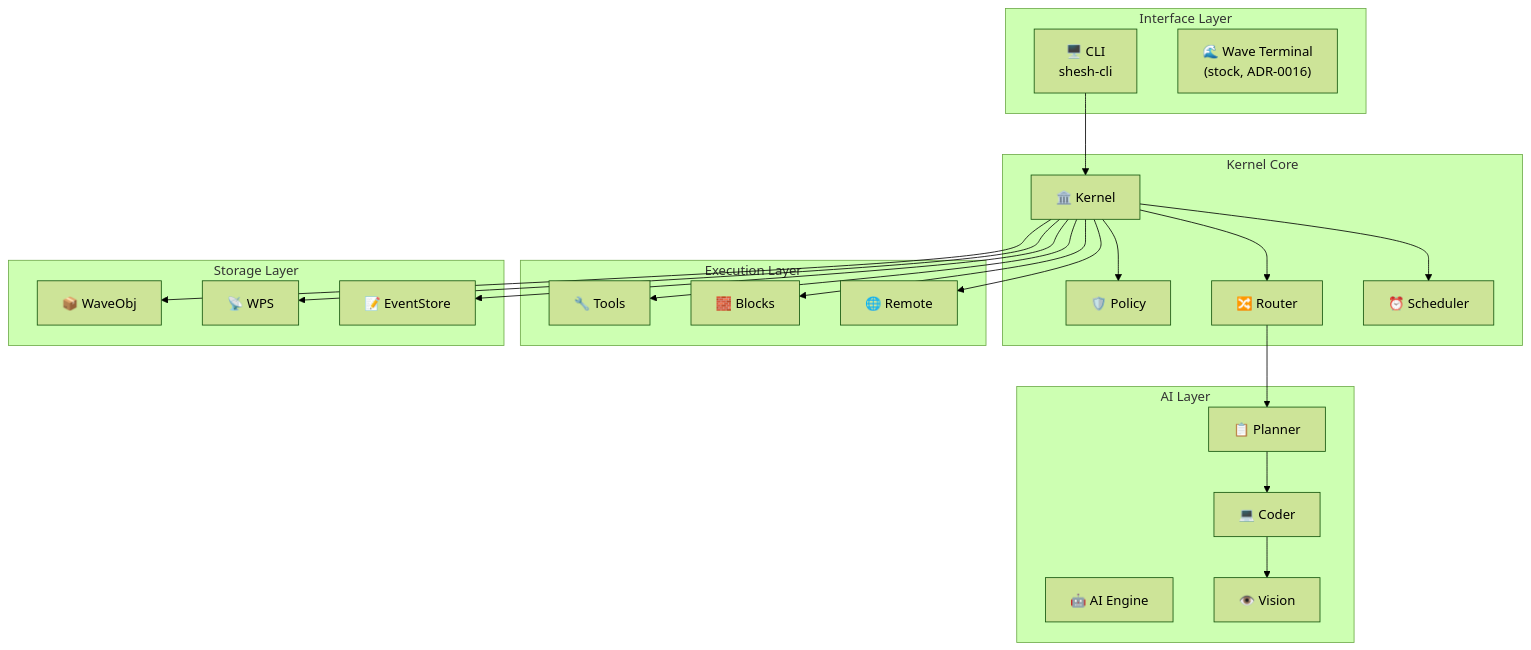
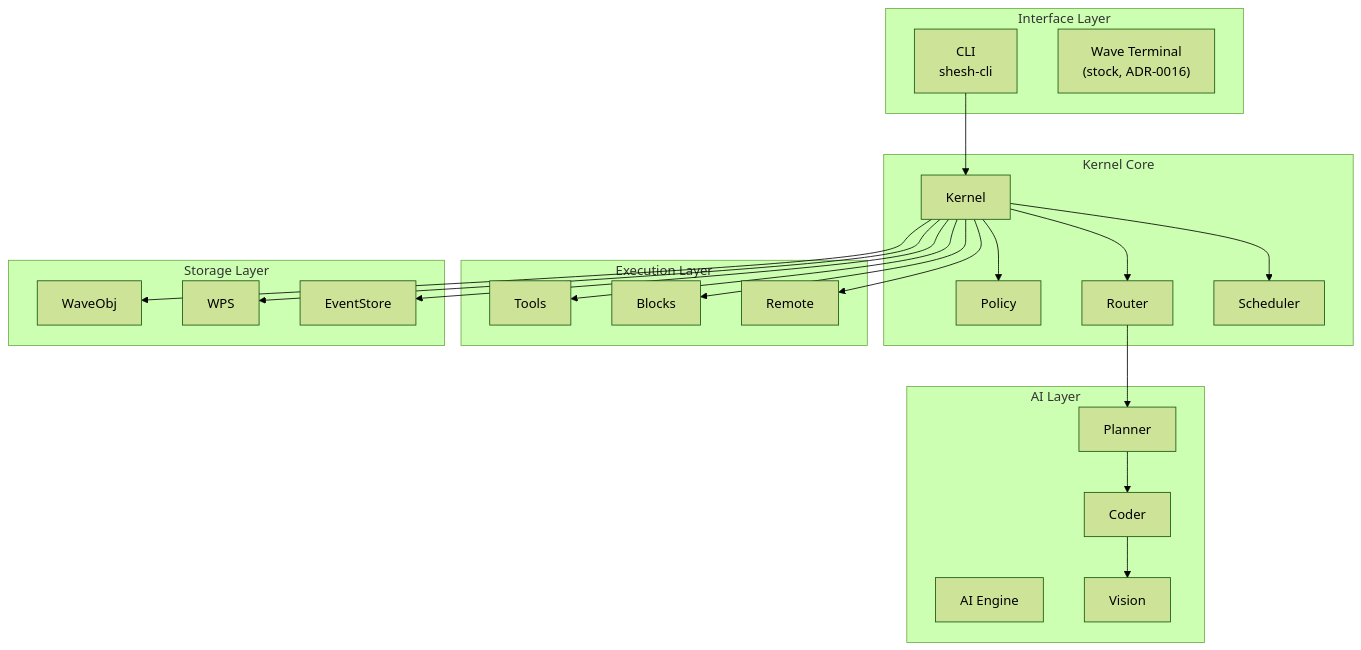
The first of 5 diagrams in src/sheshaos/handover.md (gaganjainse/shesh-docs), drawn with Mermaid (forest theme) before and after one commit. The commit also changed other lines of this file and 124 other files, not shown here.

````diff
--- a/src/sheshaos/handover.md
+++ b/src/sheshaos/handover.md
@@ -28,51 +42,42 @@
 ```mermaid
 graph TB
-    subgraph "Interface Layer"
-        CLI["🖥️ CLI<br/>shesh-cli"]
-        WAVE["🌊 Wave Terminal<br/>(stock, ADR-0016)"]
+    subgraph interface["Interface Layer"]
+        CLI["CLI<br/>shesh-cli"]
+        WAVE["Wave Terminal<br/>(stock, ADR-0016)"]
     end
-
-    subgraph "Kernel Core"
-        K["🏛️ Kernel"]
-        P["🛡️ Policy"]
-        R["🔀 Router"]
-        S["⏰ Scheduler"]
+    subgraph kernel["Kernel Core"]
+        K["Kernel"]
+        P["Policy"]
+        R["Router"]
+        S["Scheduler"]
     end
-
-    subgraph "AI Layer"
-        A["🤖 AI Engine"]
-        PL["📋 Planner"]
-        CO["💻 Coder"]
-        VI["👁️ Vision"]
+    subgraph ai["AI Layer"]
+        A["AI Engine"]
+        PL["Planner"]
+        CO["Coder"]
+        VI["Vision"]
     end
-
-    subgraph "Execution Layer"
-        T["🔧 Tools"]
-        B["🧱 Blocks"]
-        RM["🌐 Remote"]
+    subgraph exec["Execution Layer"]
+        T["Tools"]
+        B["Blocks"]
+        RM["Remote"]
     end
-
-    subgraph "Storage Layer"
-        WO["📦 WaveObj"]
-        WP["📡 WPS"]
-        ES["📝 EventStore"]
+    subgraph storage["Storage Layer"]
+        WO["WaveObj"]
+        WP["WPS"]
+        ES["EventStore"]
     end
-
     CLI --> K
-
     K --> P
     K --> R
     K --> S
-
     R --> PL
     PL --> CO
     CO --> VI
-
     K --> T
     K --> B
     K --> RM
-
     K --> WO
     K --> WP
     K --> ES
 ```
````
